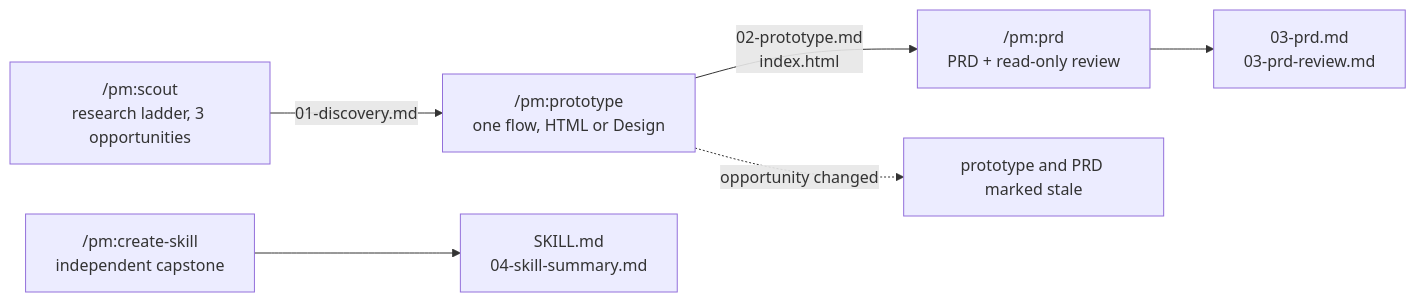
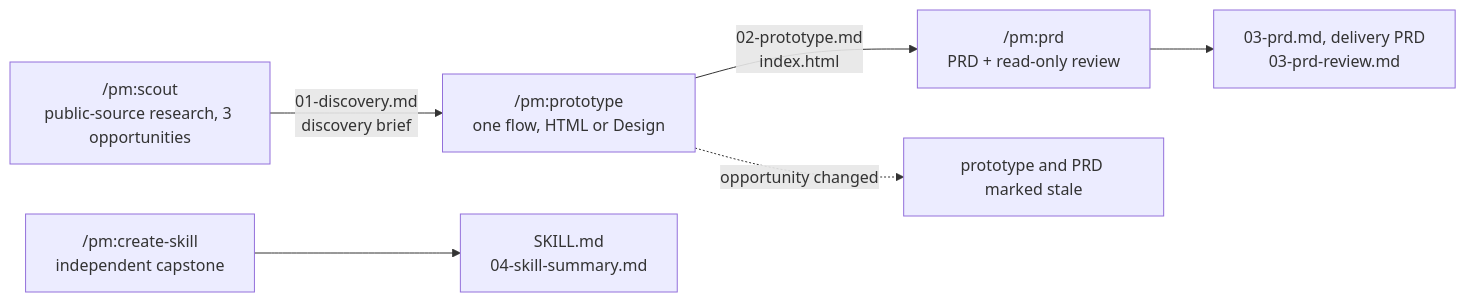
Before and after one commit to niancilyu-2/eyp-pm: the second of 3 diagrams in README.md, drawn with Mermaid. The commit also changed other lines of this file, not shown here.

Commit message:
README: Skills instead of Commands, discovery brief and delivery PRD named

````diff
--- a/README.md
+++ b/README.md
@@ -73,8 +76,8 @@
 ```mermaid
 flowchart LR
-  S["/pm:scout<br/>research ladder, 3 opportunities"] -->|"01-discovery.md"| P["/pm:prototype<br/>one flow, HTML or Design"]
+  S["/pm:scout<br/>public-source research, 3 opportunities"] -->|"01-discovery.md<br/>discovery brief"| P["/pm:prototype<br/>one flow, HTML or Design"]
   P -->|"02-prototype.md<br/>index.html"| R["/pm:prd<br/>PRD + read-only review"]
-  R --> H["03-prd.md<br/>03-prd-review.md"]
+  R --> H["03-prd.md, delivery PRD<br/>03-prd-review.md"]
   P -. "opportunity changed" .-> stale["prototype and PRD marked stale"]
   C["/pm:create-skill<br/>independent capstone"] --> K["SKILL.md<br/>04-skill-summary.md"]
 ```
````
